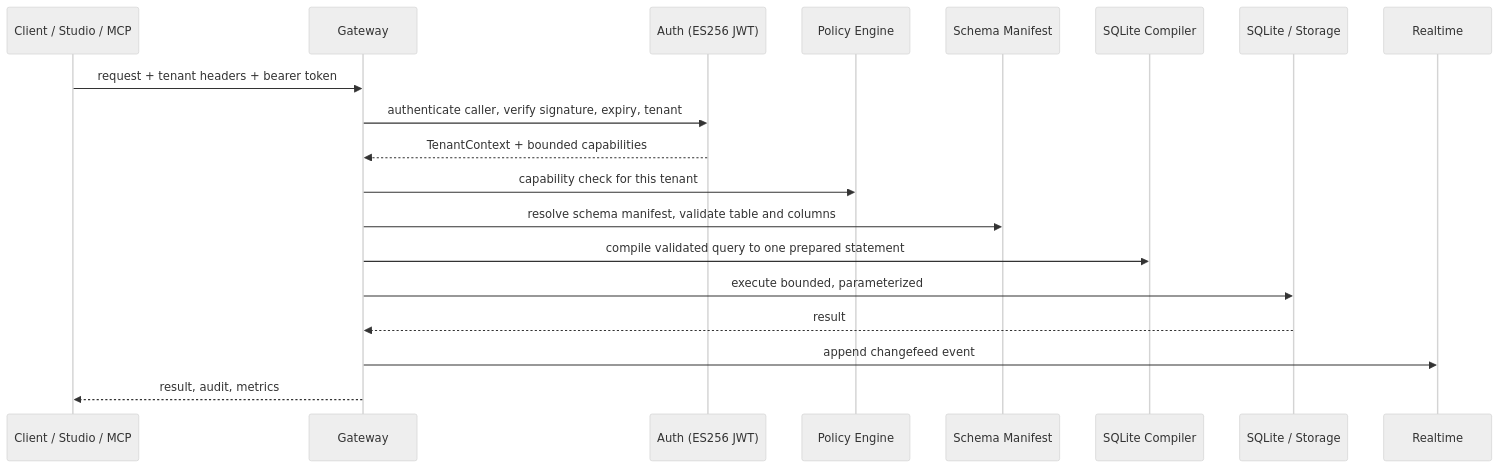
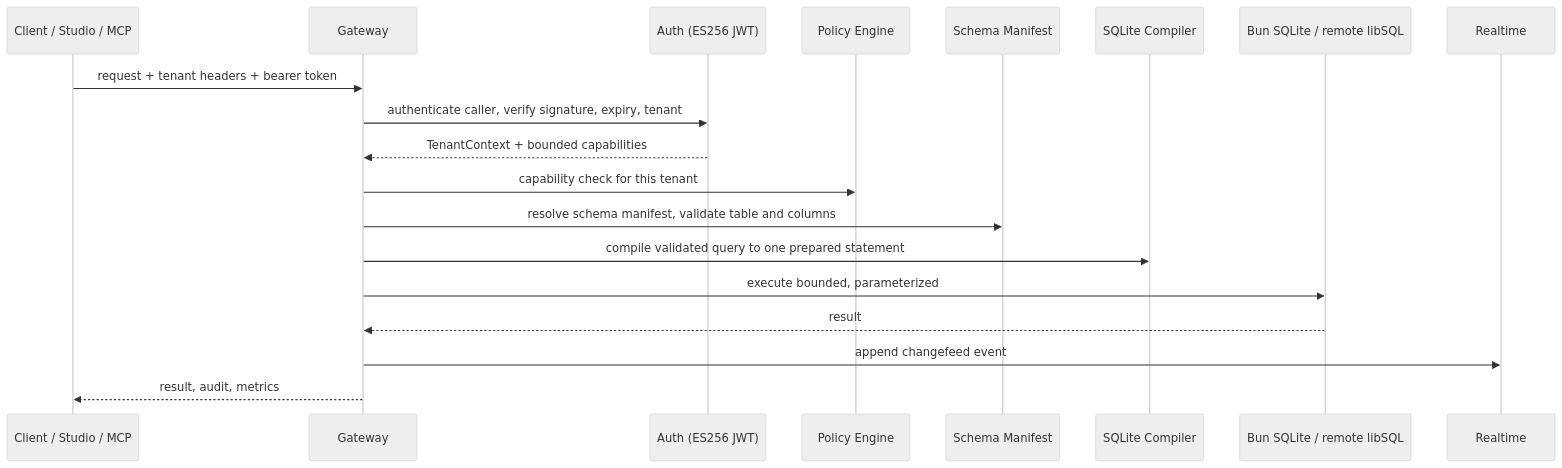
Before and after one commit to yiaany/Mekka: the diagram in README.md, drawn with Mermaid (neutral theme). The commit also changed other lines of this file and 2 other files, not shown here.

````diff
--- a/README.md
+++ b/README.md
@@ -52,22 +66,22 @@
 ```mermaid
 sequenceDiagram
     participant C as Client / Studio / MCP
     participant G as Gateway
     participant A as Auth (ES256 JWT)
     participant P as Policy Engine
     participant S as Schema Manifest
     participant X as SQLite Compiler
-    participant DB as SQLite / Storage
+    participant DB as Bun SQLite / remote libSQL
     participant R as Realtime
 
     C->>G: request + tenant headers + bearer token
     G->>A: authenticate caller, verify signature, expiry, tenant
     A-->>G: TenantContext + bounded capabilities
     G->>P: capability check for this tenant
     G->>S: resolve schema manifest, validate table and columns
     G->>X: compile validated query to one prepared statement
     G->>DB: execute bounded, parameterized
     DB-->>G: result
     G->>R: append changefeed event
     G-->>C: result, audit, metrics
 ```
````
